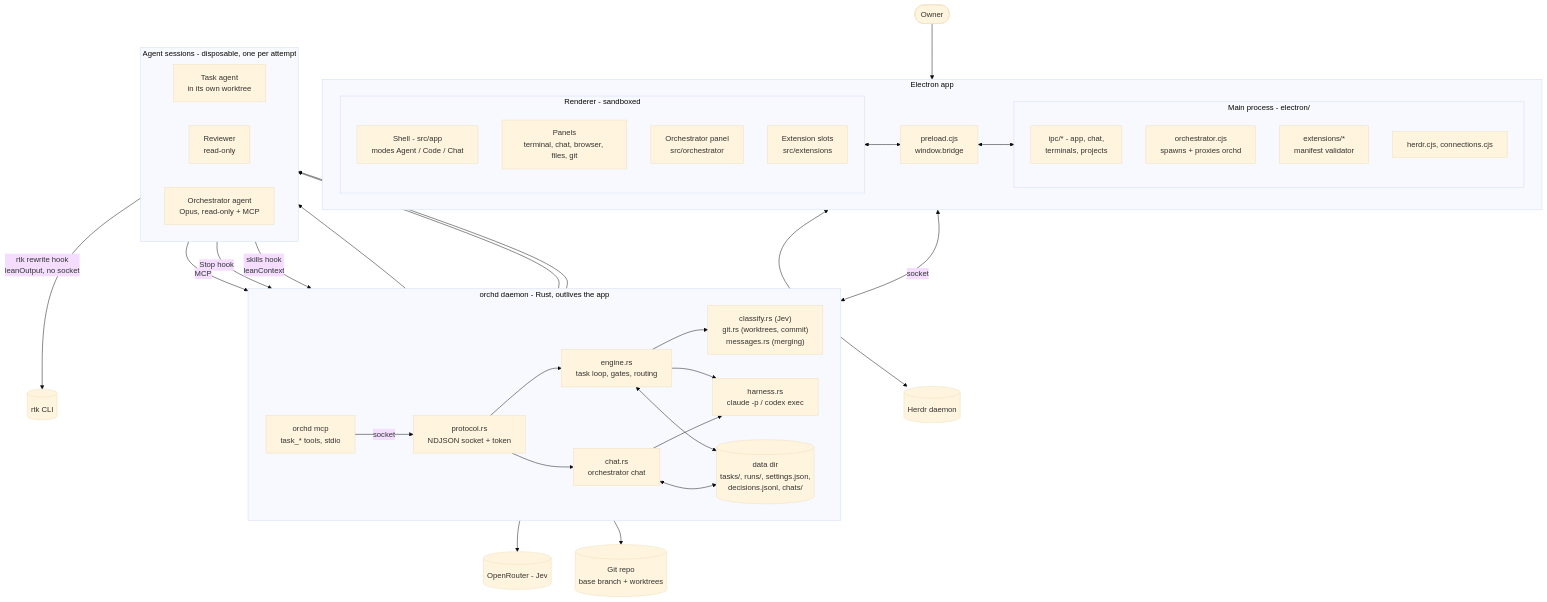
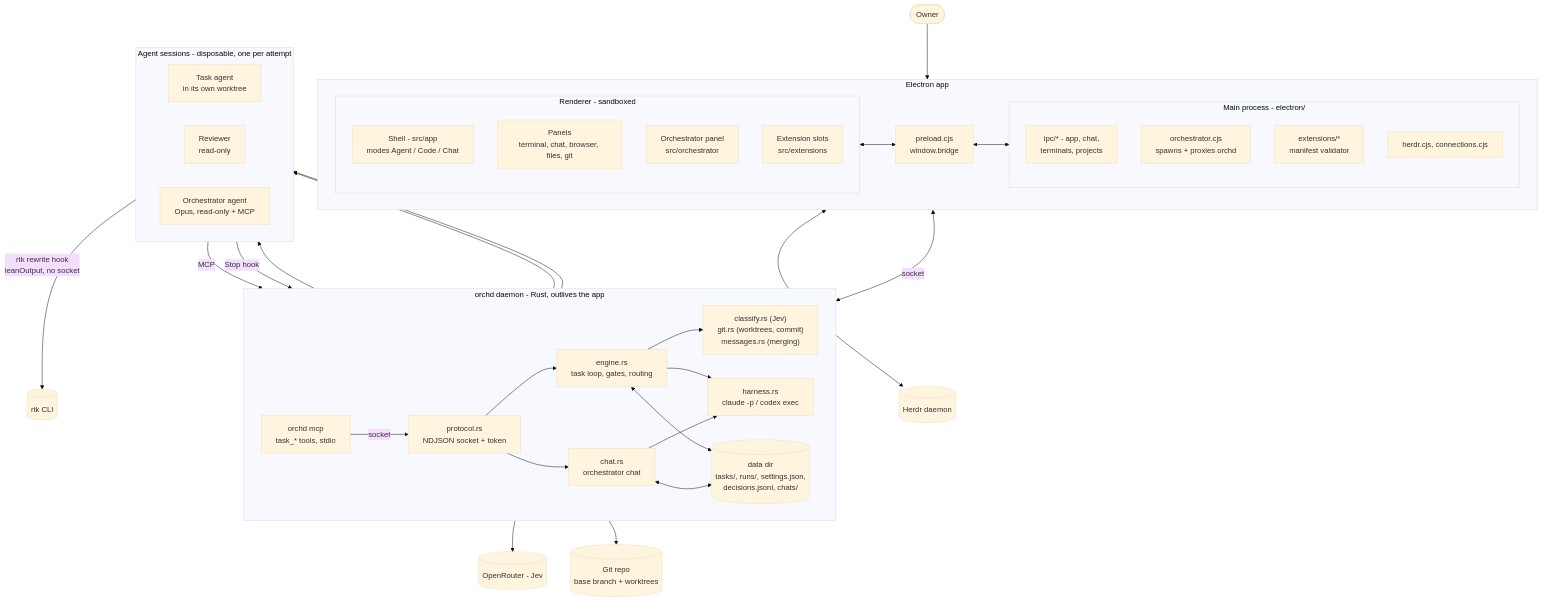
Before and after one commit to sushi-killer/sushiAI: the first of 6 diagrams in docs/architecture.md, drawn with Mermaid (base theme). The commit also changed 15 other files, not shown here.

````diff
--- a/docs/architecture.md
+++ b/docs/architecture.md
@@ -11,63 +11,62 @@
 ```mermaid
 flowchart TB
   owner([Owner])
 
   subgraph app["Electron app"]
     direction LR
     subgraph renderer["Renderer - sandboxed"]
       direction TB
       shell["Shell - src/app<br/>modes Agent / Code / Chat"]
       panels["Panels<br/>terminal, chat, browser, files, git"]
       orchPanel["Orchestrator panel<br/>src/orchestrator"]
       slots["Extension slots<br/>src/extensions"]
     end
     preload["preload.cjs<br/>window.bridge"]
     subgraph main["Main process - electron/"]
       direction TB
       ipc["ipc/* - app, chat,<br/>terminals, projects"]
       orchSvc["orchestrator.cjs<br/>spawns + proxies orchd"]
       extMgr["extensions/*<br/>manifest validator"]
       herdrIpc["herdr.cjs, connections.cjs"]
     end
     orchPanel <--> preload <--> orchSvc
   end
 
   subgraph orchd["orchd daemon - Rust, outlives the app"]
     direction LR
     proto["protocol.rs<br/>NDJSON socket + token"]
     engine["engine.rs<br/>task loop, gates, routing"]
     chat["chat.rs<br/>orchestrator chat"]
     harness["harness.rs<br/>claude -p / codex exec"]
     side["classify.rs (Jev)<br/>git.rs (worktrees, commit)<br/>messages.rs (merging)"]
     store[("data dir<br/>tasks/, runs/, settings.json,<br/>decisions.jsonl, chats/")]
     mcp["orchd mcp<br/>task_* tools, stdio"]
     proto --> engine & chat
     engine --> side
     engine & chat --> harness
     engine & chat <--> store
     mcp -->|socket| proto
   end
 
   subgraph agents["Agent sessions - disposable, one per attempt"]
     direction LR
     taskAgent["Task agent<br/>in its own worktree"]
     reviewer["Reviewer<br/>read-only"]
     orchAgent["Orchestrator agent<br/>Opus, read-only + MCP"]
   end
 
   herdr[("Herdr daemon")]
   ext[("OpenRouter - Jev")]
   repo[("Git repo<br/>base branch + worktrees")]
   rtk[("rtk CLI")]
 
   owner --> shell
   orchSvc <-->|socket| proto
   harness --> taskAgent & reviewer & orchAgent
   orchAgent -->|MCP| mcp
   taskAgent -->|Stop hook| proto
-  taskAgent -->|skills hook<br/>leanContext| proto
   taskAgent -->|rtk rewrite hook<br/>leanOutput, no socket| rtk
   side --> ext
   side --> repo
   herdrIpc <--> herdr
 ```
````
